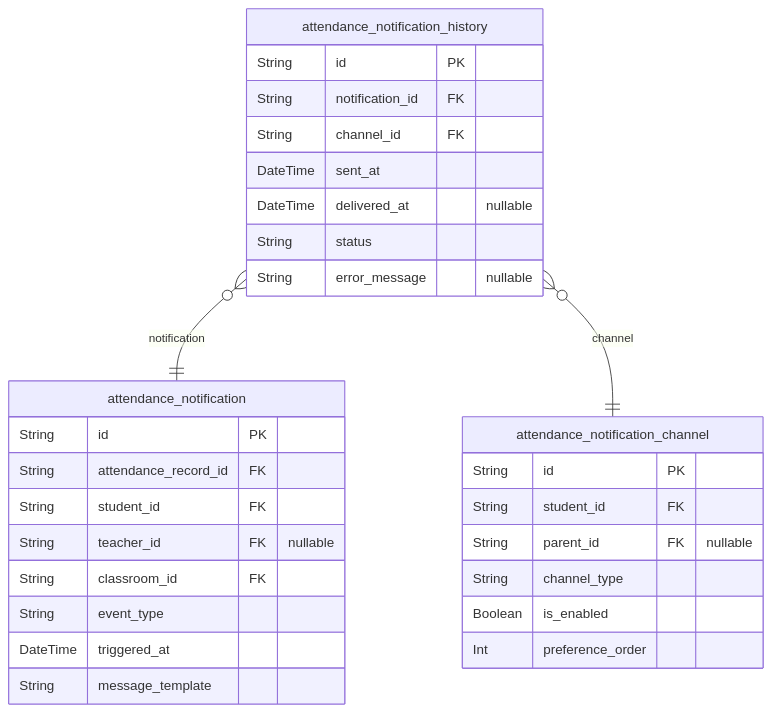
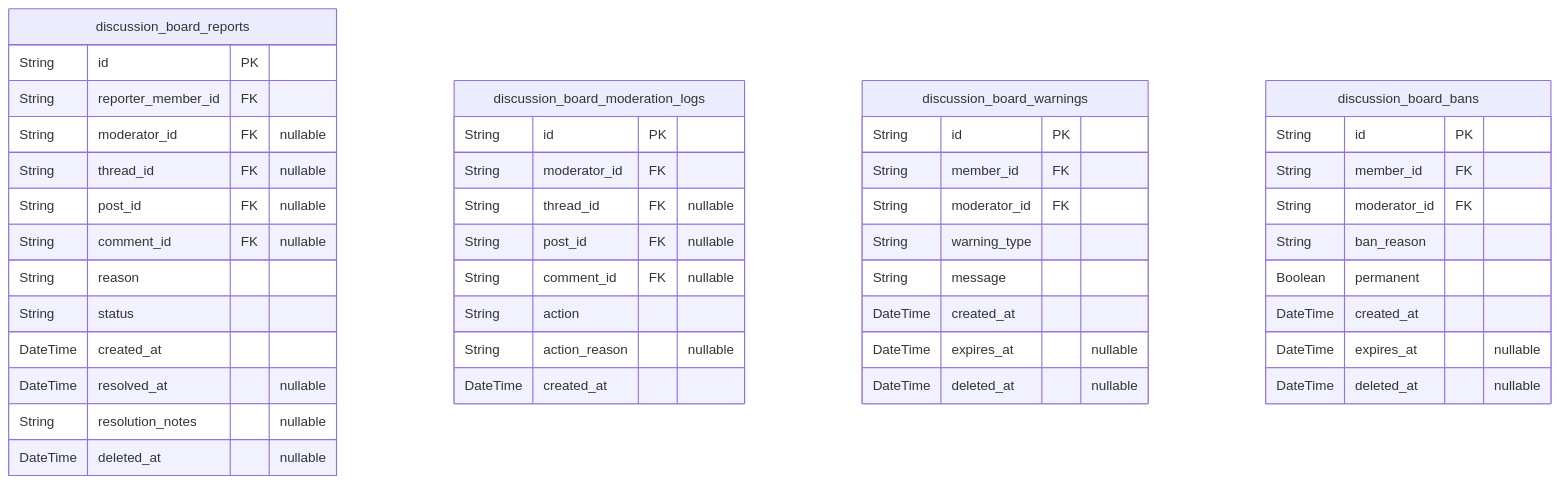
Before and after one commit to wrtnlabs/autobe-example-bbs-openai-gpt-4.1: the fourth of 8 diagrams in docs/ERD.md, drawn with Mermaid. The commit also changed other lines of this file and 667 other files, not shown here.

````diff
--- a/docs/ERD.md
+++ b/docs/ERD.md
@@ -375,32 +305,47 @@
 ```mermaid
 erDiagram
-"attendance_notification" {
+"discussion_board_reports" {
   String id PK
-  String attendance_record_id FK
-  String student_id FK
-  String teacher_id FK "nullable"
-  String classroom_id FK
-  String event_type
-  DateTime triggered_at
-  String message_template
+  String reporter_member_id FK
+  String moderator_id FK "nullable"
+  String thread_id FK "nullable"
+  String post_id FK "nullable"
+  String comment_id FK "nullable"
+  String reason
+  String status
+  DateTime created_at
+  DateTime resolved_at "nullable"
+  String resolution_notes "nullable"
+  DateTime deleted_at "nullable"
 }
-"attendance_notification_channel" {
+"discussion_board_moderation_logs" {
   String id PK
-  String student_id FK
-  String parent_id FK "nullable"
-  String channel_type
-  Boolean is_enabled
-  Int preference_order
+  String moderator_id FK
+  String thread_id FK "nullable"
+  String post_id FK "nullable"
+  String comment_id FK "nullable"
+  String action
+  String action_reason "nullable"
+  DateTime created_at
 }
-"attendance_notification_history" {
+"discussion_board_warnings" {
   String id PK
-  String notification_id FK
-  String channel_id FK
-  DateTime sent_at
-  DateTime delivered_at "nullable"
-  String status
-  String error_message "nullable"
+  String member_id FK
+  String moderator_id FK
+  String warning_type
+  String message
+  DateTime created_at
+  DateTime expires_at "nullable"
+  DateTime deleted_at "nullable"
 }
-"attendance_notification_history" }o--|| "attendance_notification" : notification
-"attendance_notification_history" }o--|| "attendance_notification_channel" : channel
+"discussion_board_bans" {
+  String id PK
+  String member_id FK
+  String moderator_id FK
+  String ban_reason
+  Boolean permanent
+  DateTime created_at
+  DateTime expires_at "nullable"
+  DateTime deleted_at "nullable"
+}
 ```
````
